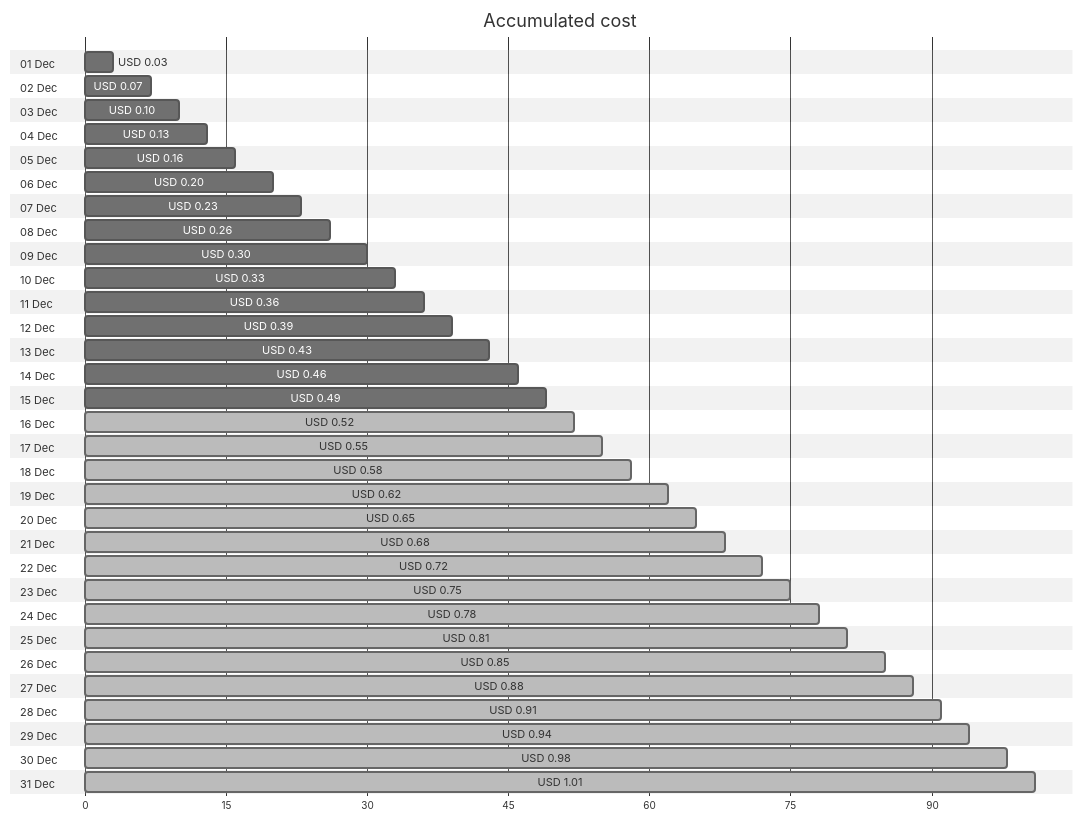
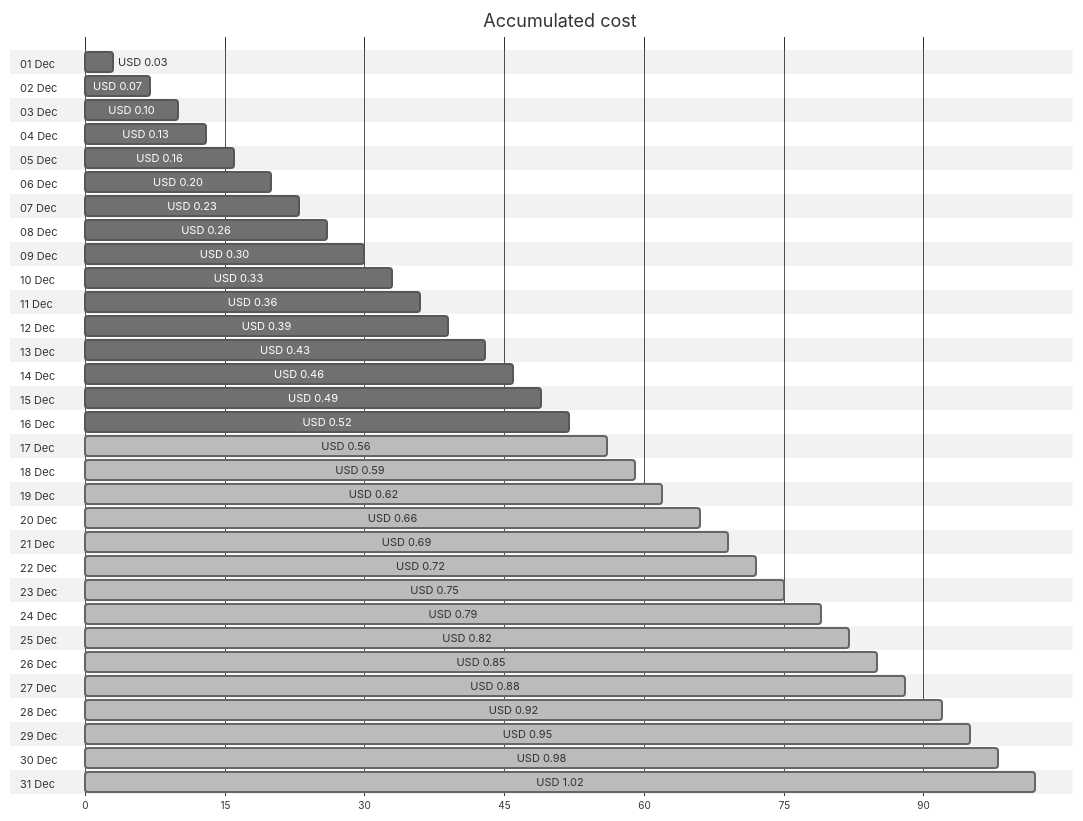
One commit to jpfulton/azure-personal-reports changed the first of 4 diagrams in cost-reports/personal-dns/README.md. Above: the diagram before and after it, drawn with Mermaid (neutral theme). The commit also changed other lines of this file and 2 other files, not shown here.

Commit message:
Generated reports [skip ci]

````diff
--- a/cost-reports/personal-dns/README.md
+++ b/cost-reports/personal-dns/README.md
@@ -20,68 +20,68 @@
 ```mermaid
 gantt
    title Accumulated cost
    dateFormat  X
    axisFormat %s
    section 01 Dec
    USD 0.03 :0, 3
    section 02 Dec
    USD 0.07 :0, 7
    section 03 Dec
    USD 0.10 :0, 10
    section 04 Dec
    USD 0.13 :0, 13
    section 05 Dec
    USD 0.16 :0, 16
    section 06 Dec
    USD 0.20 :0, 20
    section 07 Dec
    USD 0.23 :0, 23
    section 08 Dec
    USD 0.26 :0, 26
    section 09 Dec
    USD 0.30 :0, 30
    section 10 Dec
    USD 0.33 :0, 33
    section 11 Dec
    USD 0.36 :0, 36
    section 12 Dec
    USD 0.39 :0, 39
    section 13 Dec
    USD 0.43 :0, 43
    section 14 Dec
    USD 0.46 :0, 46
    section 15 Dec
    USD 0.49 :0, 49
    section 16 Dec
-   USD 0.52 : done, 0, 52
+   USD 0.52 :0, 52
    section 17 Dec
-   USD 0.55 : done, 0, 55
+   USD 0.56 : done, 0, 56
    section 18 Dec
-   USD 0.58 : done, 0, 58
+   USD 0.59 : done, 0, 59
    section 19 Dec
    USD 0.62 : done, 0, 62
    section 20 Dec
-   USD 0.65 : done, 0, 65
+   USD 0.66 : done, 0, 66
    section 21 Dec
-   USD 0.68 : done, 0, 68
+   USD 0.69 : done, 0, 69
    section 22 Dec
    USD 0.72 : done, 0, 72
    section 23 Dec
    USD 0.75 : done, 0, 75
    section 24 Dec
-   USD 0.78 : done, 0, 78
+   USD 0.79 : done, 0, 79
    section 25 Dec
-   USD 0.81 : done, 0, 81
+   USD 0.82 : done, 0, 82
    section 26 Dec
    USD 0.85 : done, 0, 85
    section 27 Dec
    USD 0.88 : done, 0, 88
    section 28 Dec
-   USD 0.91 : done, 0, 91
+   USD 0.92 : done, 0, 92
    section 29 Dec
-   USD 0.94 : done, 0, 94
+   USD 0.95 : done, 0, 95
    section 30 Dec
    USD 0.98 : done, 0, 98
    section 31 Dec
-   USD 1.01 : done, 0, 101
+   USD 1.02 : done, 0, 102
 ```
````
